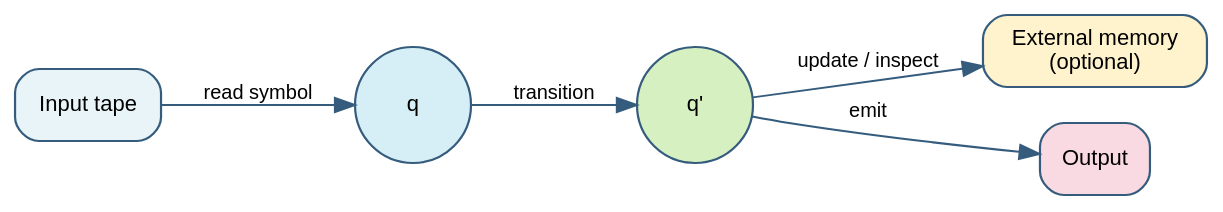
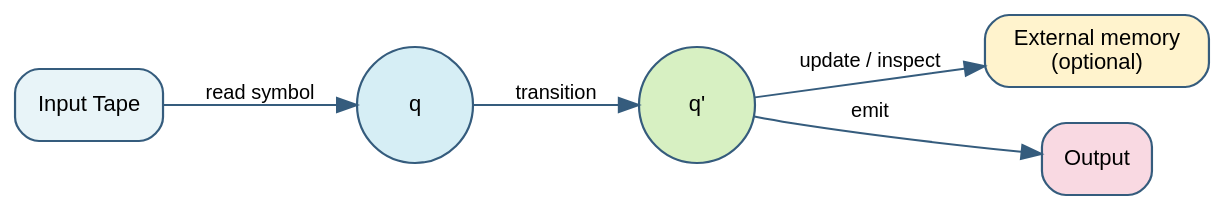
One commit to p0dyakov/inno_notes changed the third of 6 diagrams in semester-2/Theoretical Computer Science/1.ru.qmd. Above: the diagram before and after it, drawn with Graphviz. The commit also changed other lines of this file and 538 other files, not shown here.

````diff
--- a/semester-2/Theoretical Computer Science/1.ru.qmd
+++ b/semester-2/Theoretical Computer Science/1.ru.qmd
@@ -354,22 +354,22 @@
 ```{dot}
-//| fig-cap: "Automaton abstraction: finite control, input, memory, and output"
+//| fig-cap: "Абстракция автомата: конечное управление, ввод, память и вывод"
 //| fig-width: 6
 //| fig-height: 2.3
 digraph automaton_abstraction {
   rankdir=LR;
   bgcolor="transparent";
   node [style="filled,rounded", fontname="Helvetica", fontsize=11, color="#355c7d", penwidth=1.1];
   edge [fontname="Helvetica", fontsize=10, color="#355c7d", penwidth=1.0];
 
-  input [shape=box, label="Input tape", fillcolor="#e8f4f8"];
+  input [shape=box, label="Input Tape", fillcolor="#e8f4f8"];
   control [shape=circle, label="q", fillcolor="#d6eef5", width=0.8];
   next [shape=circle, label="q'", fillcolor="#d7f0c2", width=0.8];
   mem [shape=box, label="External memory\n(optional)", fillcolor="#fff3cd"];
   out [shape=box, label="Output", fillcolor="#f9d9e2"];
 
   input -> control [label="read symbol"];
   control -> next [label="transition"];
   next -> mem [label="update / inspect"];
   next -> out [label="emit"];
 }
 ```
````
